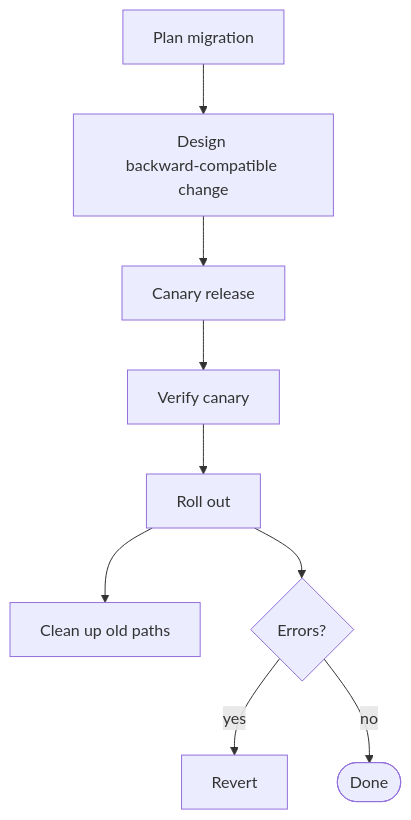
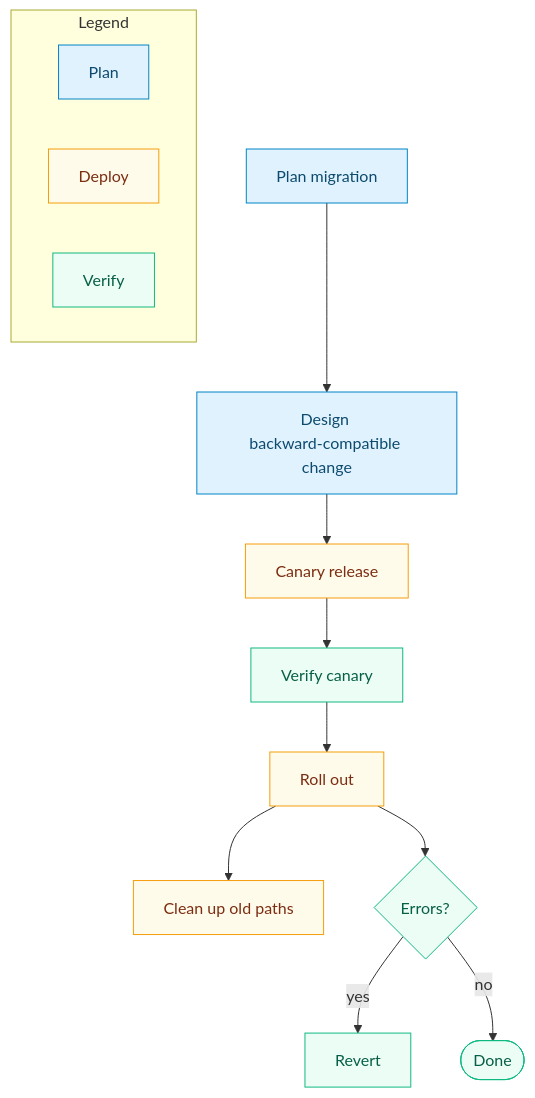
The diagram in docs/diagrams/workflows/change-database-safely.md (kpm34/college-football-fantasy-app), drawn with Mermaid before and after one commit. The commit also changed 20 other files, not shown here.

````diff
--- a/docs/diagrams/workflows/change-database-safely.md
+++ b/docs/diagrams/workflows/change-database-safely.md
@@ -7,11 +7,27 @@
 ```mermaid
 flowchart TD
   PLAN[Plan migration] --> DESIGN[Design backward‑compatible change]
   DESIGN --> CANARY[Canary release]
   CANARY --> VERIFY[Verify canary]
   VERIFY --> ROLLALL[Roll out]
   ROLLALL --> CLEANUP[Clean up old paths]
   ROLLALL --> ROLLBACK{Errors?}
   ROLLBACK -- yes --> REVERT[Revert]
   ROLLBACK -- no --> DONE([Done])
+
+  %% Lane colors (Plan/Deploy/Verify)
+  classDef lanePlan fill:#E0F2FE,stroke:#0284C7,color:#0C4A6E
+  classDef laneDeploy fill:#FFFBEB,stroke:#F59E0B,color:#7C2D12
+  classDef laneVerify fill:#ECFDF5,stroke:#10B981,color:#065F46
+
+  class PLAN,DESIGN lanePlan
+  class CANARY,ROLLALL,CLEANUP laneDeploy
+  class VERIFY,ROLLBACK,REVERT,DONE laneVerify
+
+  %% Legend
+  subgraph Legend
+    L1[Plan]:::lanePlan
+    L2[Deploy]:::laneDeploy
+    L3[Verify]:::laneVerify
+  end
 ```
````
